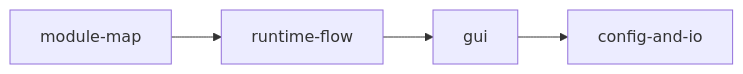
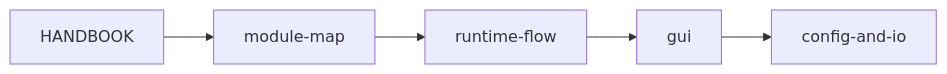
The diagram in F-Synthesizer/docs/architecture/README.md (SunagimoOisii/F-Synthesizer), drawn with Mermaid before and after one commit. The commit also changed other lines of this file and 13 other files, not shown here.

````diff
--- a/F-Synthesizer/docs/architecture/README.md
+++ b/F-Synthesizer/docs/architecture/README.md
@@ -7,8 +7,9 @@
 ```mermaid
 flowchart LR
+    H[HANDBOOK]
     A[module-map]
     B[runtime-flow]
     C[gui]
     D[config-and-io]
-    A --> B --> C --> D
+    H --> A --> B --> C --> D
 ```
````
